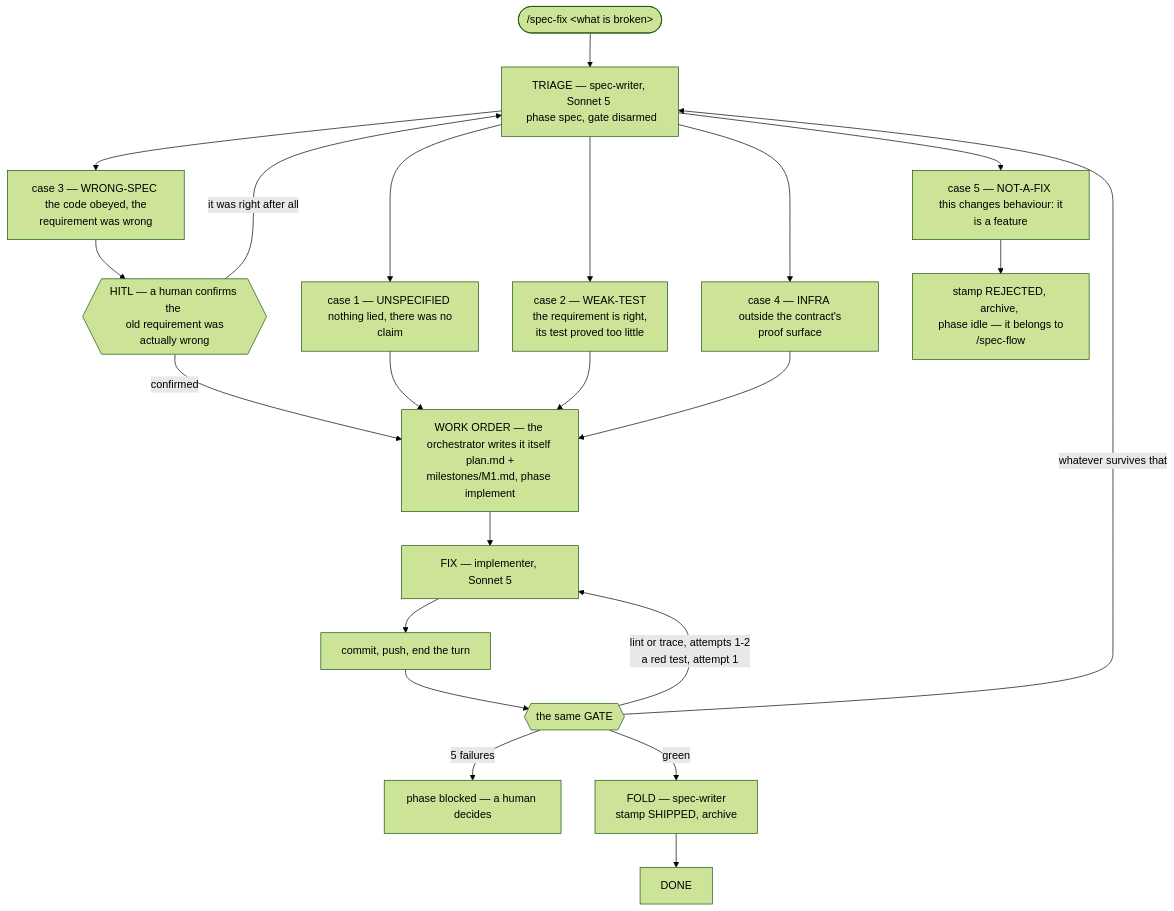
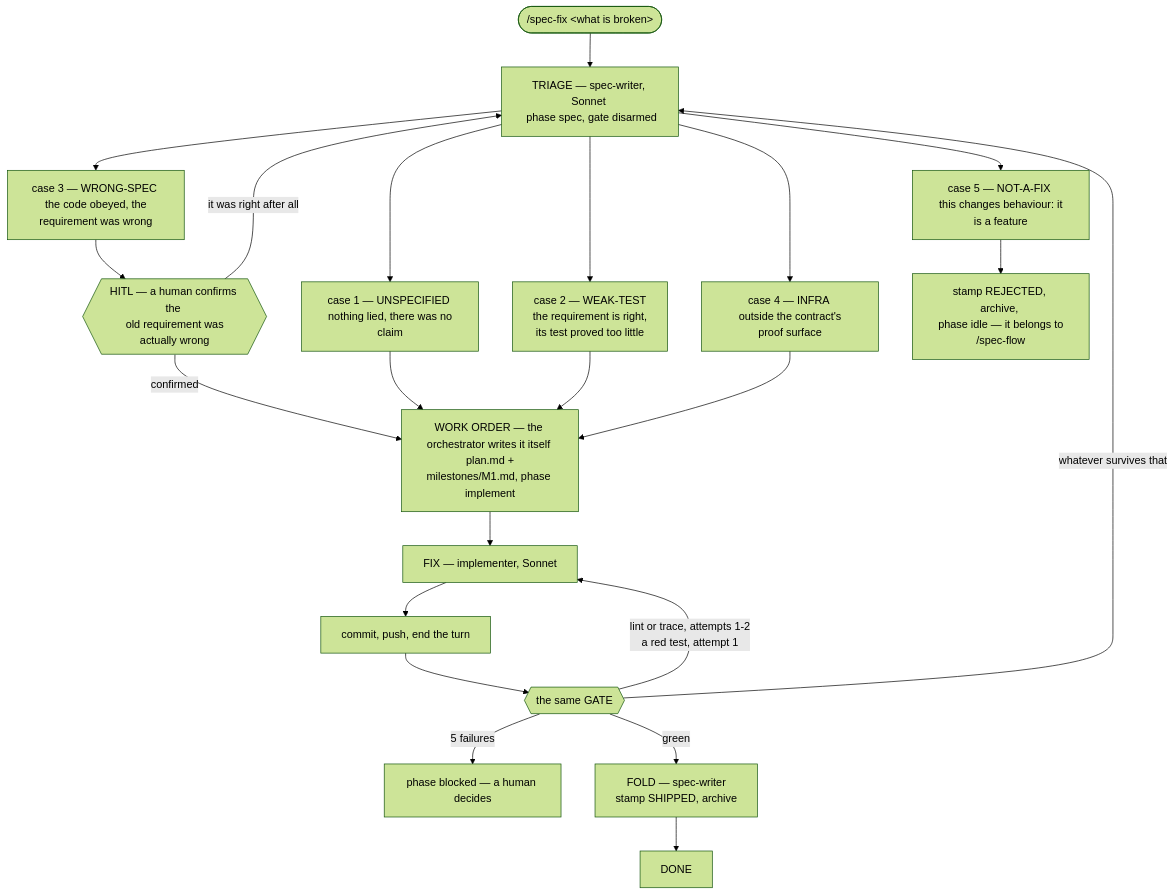
The second of 3 diagrams in REFERENCE.md (IgnacioMarin402/spec-flow-plugin), drawn with Mermaid (forest theme) before and after one commit. The commit also changed other lines of this file and 13 other files, not shown here.

````diff
--- a/REFERENCE.md
+++ b/REFERENCE.md
@@ -691,25 +691,25 @@
 ```mermaid
 flowchart TD
-    A(["/spec-fix &lt;what is broken&gt;"]) --> T["TRIAGE — spec-writer, Sonnet 5 <br/> phase spec, gate disarmed"]
+    A(["/spec-fix &lt;what is broken&gt;"]) --> T["TRIAGE — spec-writer, Sonnet <br/> phase spec, gate disarmed"]
     T --> C1["case 1 — UNSPECIFIED <br/> nothing lied, there was no claim"]
     T --> C2["case 2 — WEAK-TEST <br/> the requirement is right, <br/> its test proved too little"]
     T --> C3["case 3 — WRONG-SPEC <br/> the code obeyed, the requirement was wrong"]
     T --> C4["case 4 — INFRA <br/> outside the contract's proof surface"]
     T --> C5["case 5 — NOT-A-FIX <br/> this changes behaviour: it is a feature"]
     C3 --> H{{"HITL — a human confirms the <br/> old requirement was actually wrong"}}
     C5 --> REJ["stamp REJECTED, archive, <br/> phase idle — it belongs to /spec-flow"]
     H -->|"confirmed"| W
     H -->|"it was right after all"| T
     C1 --> W
     C2 --> W
     C4 --> W
     W["WORK ORDER — the orchestrator writes it itself <br/> plan.md + milestones/M1.md, phase implement"]
-    W --> I["FIX — implementer, Sonnet 5"]
+    W --> I["FIX — implementer, Sonnet"]
     I --> CM["commit, push, end the turn"]
     CM --> G{{"the same GATE"}}
     G -->|"lint or trace, attempts 1-2 <br/> a red test, attempt 1"| I
     G -->|"whatever survives that"| T
     G -->|"5 failures"| BLK["phase blocked — a human decides"]
     G -->|"green"| F["FOLD — spec-writer <br/> stamp SHIPPED, archive"]
     F --> D["DONE"]
 ```
````
